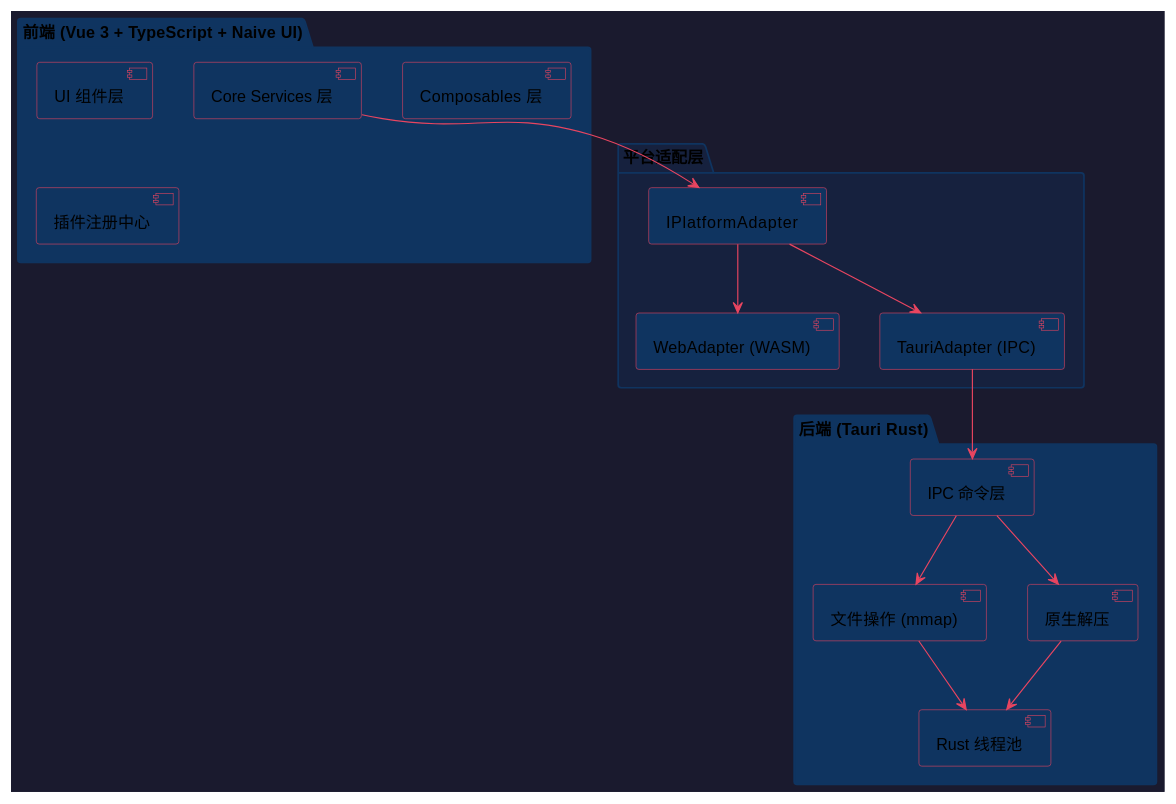
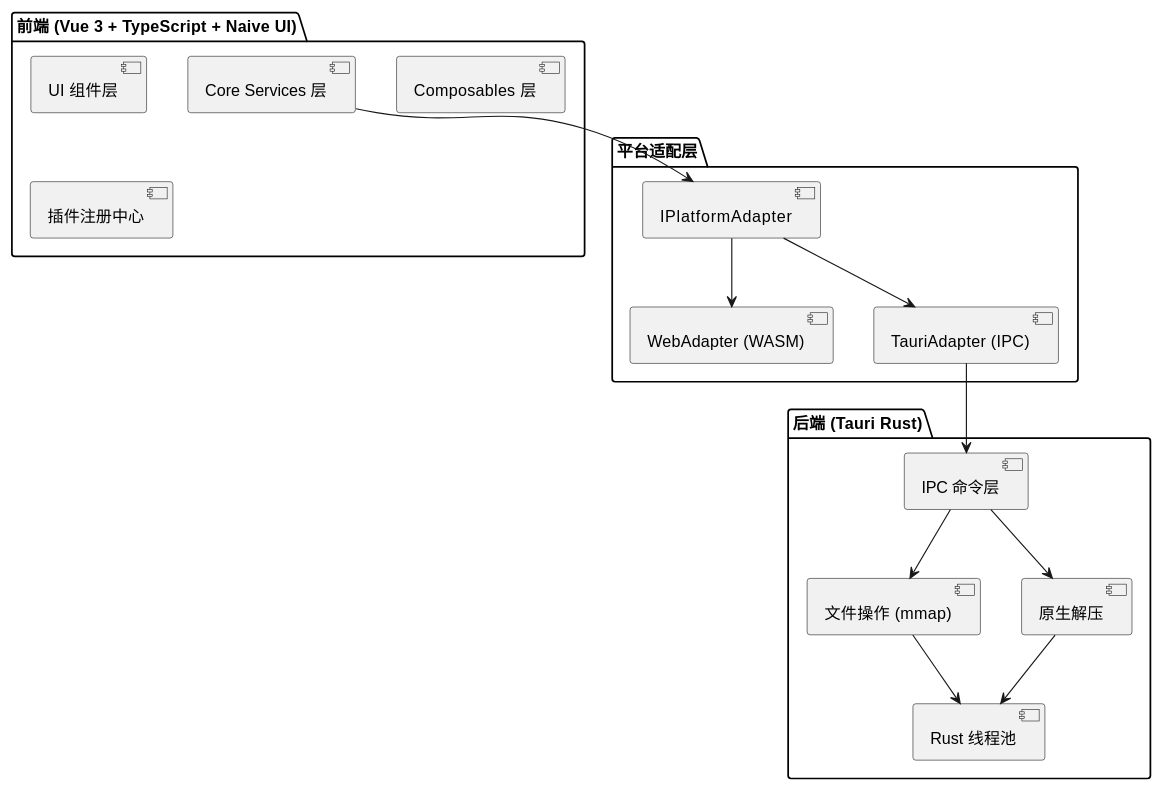
The first of 20 diagrams in docs/superpowers/specs/2026-06-26-system-architecture-design.md (taoweidong/Hello-Tauri), drawn with PlantUML before and after one commit. The commit also changed other lines of this file and 1 other file, not shown here.

Commit message:
docs: add README, remove PlantUML dark theme styles

````diff
--- a/docs/superpowers/specs/2026-06-26-system-architecture-design.md
+++ b/docs/superpowers/specs/2026-06-26-system-architecture-design.md
@@ -5,40 +5,33 @@
 ```plantuml
 @startuml
-skinparam backgroundColor #1a1a2e
-skinparam defaultTextColor #e0e0e0
-skinparam packageBackgroundColor #16213e
-skinparam packageBorderColor #0f3460
-skinparam componentBackgroundColor #0f3460
-skinparam componentBorderColor #e94560
-skinparam arrowColor #e94560
 
-package "前端 (Vue 3 + TypeScript + Naive UI)" #0f3460 {
+package "前端 (Vue 3 + TypeScript + Naive UI)" {
   component "UI 组件层" as FE_UI
   component "Composables 层" as FE_COMP
   component "Core Services 层" as FE_CORE
   component "插件注册中心" as FE_PLUGIN
 }
 
-package "平台适配层" #16213e {
+package "平台适配层" {
   component "IPlatformAdapter" as ADAPTER
   component "WebAdapter (WASM)" as WEB
   component "TauriAdapter (IPC)" as TAURI_A
   ADAPTER --> WEB
   ADAPTER --> TAURI_A
 }
 
-package "后端 (Tauri Rust)" #0f3460 {
+package "后端 (Tauri Rust)" {
   component "IPC 命令层" as BE_CMD
   component "文件操作 (mmap)" as BE_FILE
   component "原生解压" as BE_DEC
   component "Rust 线程池" as BE_THREAD
 }
 
 FE_CORE --> ADAPTER
 TAURI_A --> BE_CMD
 BE_CMD --> BE_FILE
 BE_CMD --> BE_DEC
 BE_FILE --> BE_THREAD
 BE_DEC --> BE_THREAD
 @enduml
 ```
````
